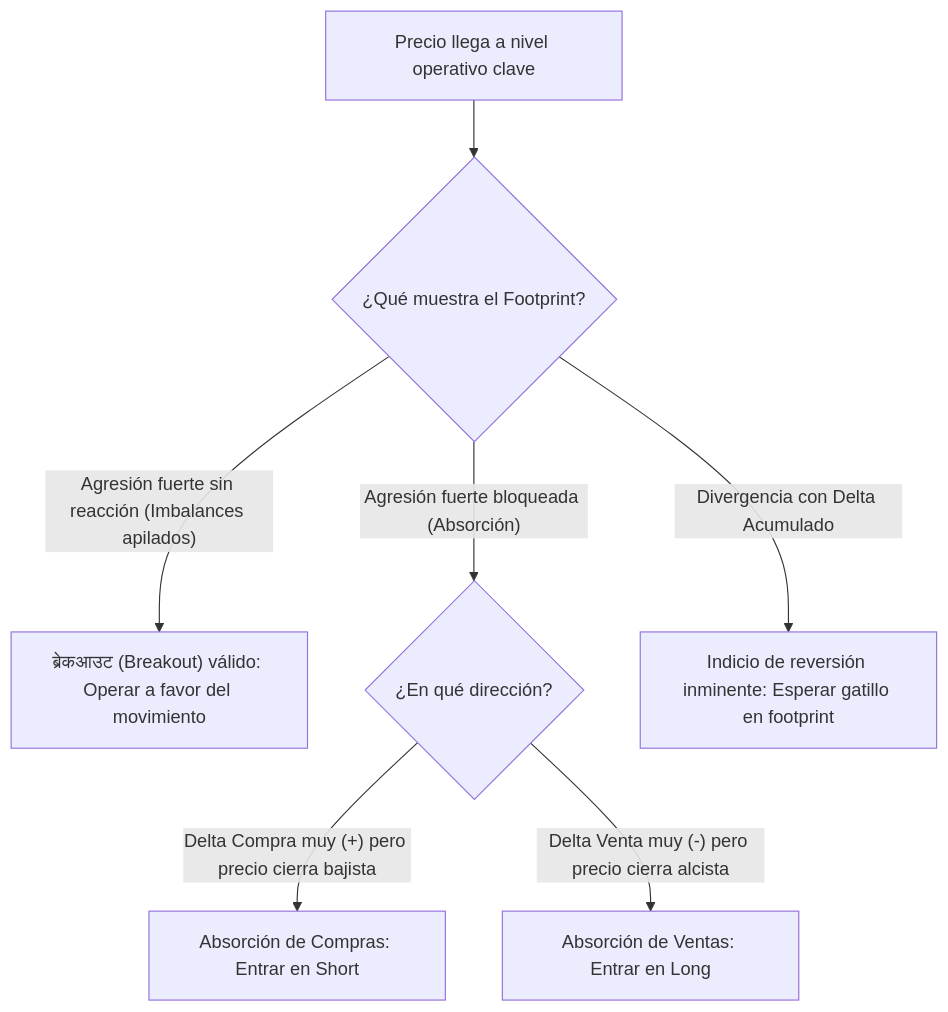
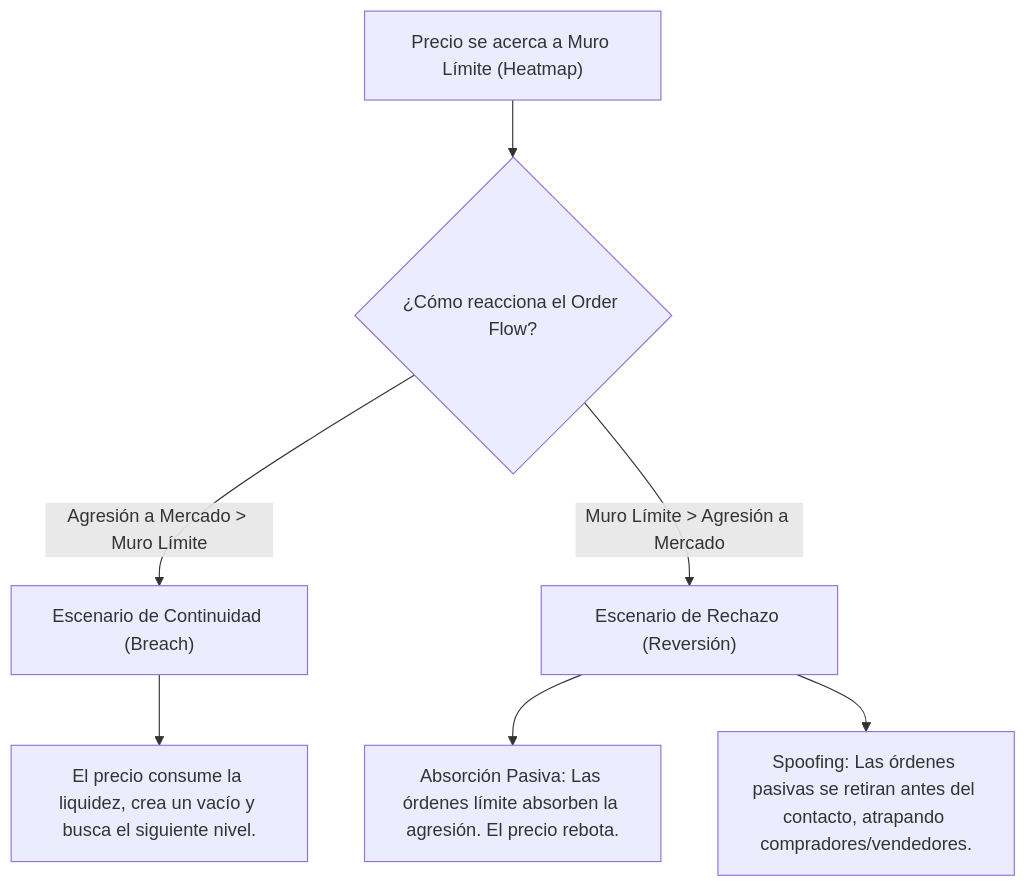
One commit to Sama170904/TRcli changed the diagram in 01-concepts/mentors/supreme-trading/08-guia-completa-footprint-delta-acumulado.md. Above: the diagram before and after it, drawn with Mermaid. The commit also changed other lines of this file, not shown here.

````diff
--- a/01-concepts/mentors/supreme-trading/08-guia-completa-footprint-delta-acumulado.md
+++ b/01-concepts/mentors/supreme-trading/08-guia-completa-footprint-delta-acumulado.md
@@ -58,9 +62,9 @@
 ```mermaid
-graph TD
-    A["Precio llega a nivel operativo clave"] --> B{"¿Qué muestra el Footprint?"}
-    B -- "Agresión fuerte sin reacción (Imbalances apilados)" --> C[" ब्रेकआउट (Breakout) válido: Operar a favor del movimiento"]
-    B -- "Agresión fuerte bloqueada (Absorción)" --> D{"¿En qué dirección?"}
-    D -- "Delta Compra muy (+) pero precio cierra bajista" --> E["Absorción de Compras: Entrar en Short"]
-    D -- "Delta Venta muy (-) pero precio cierra alcista" --> F["Absorción de Ventas: Entrar en Long"]
-    B -- "Divergencia con Delta Acumulado" --> G["Indicio de reversión inminente: Esperar gatillo en footprint"]
+flowchart TD
+    A["Precio se acerca a Muro Límite (Heatmap)"] --> B{"¿Cómo reacciona el Order Flow?"}
+    B -- "Agresión a Mercado > Muro Límite" --> C["Escenario de Continuidad (Breach)"]
+    B -- "Muro Límite > Agresión a Mercado" --> D["Escenario de Rechazo (Reversión)"]
+    C --> E["El precio consume la liquidez, crea un vacío y busca el siguiente nivel."]
+    D --> F["Absorción Pasiva: Las órdenes límite absorben la agresión. El precio rebota."]
+    D --> G["Spoofing: Las órdenes pasivas se retiran antes del contacto, atrapando compradores/vendedores."]
 ```
````
